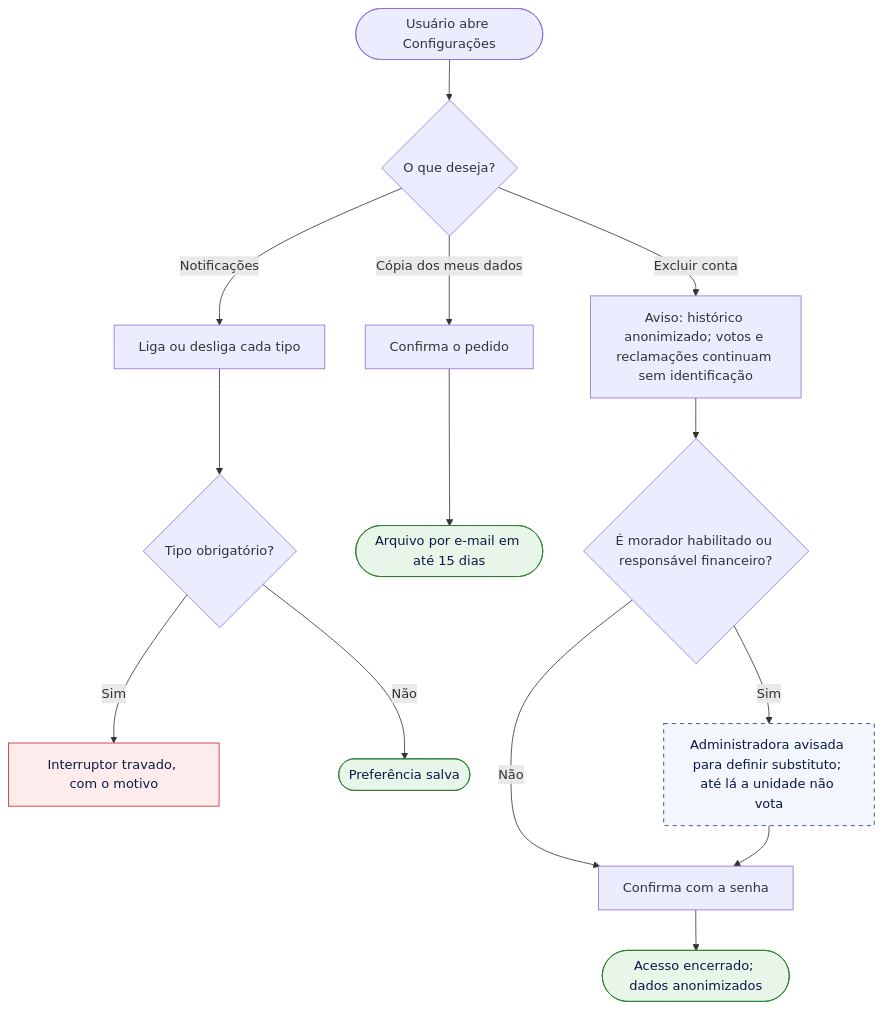
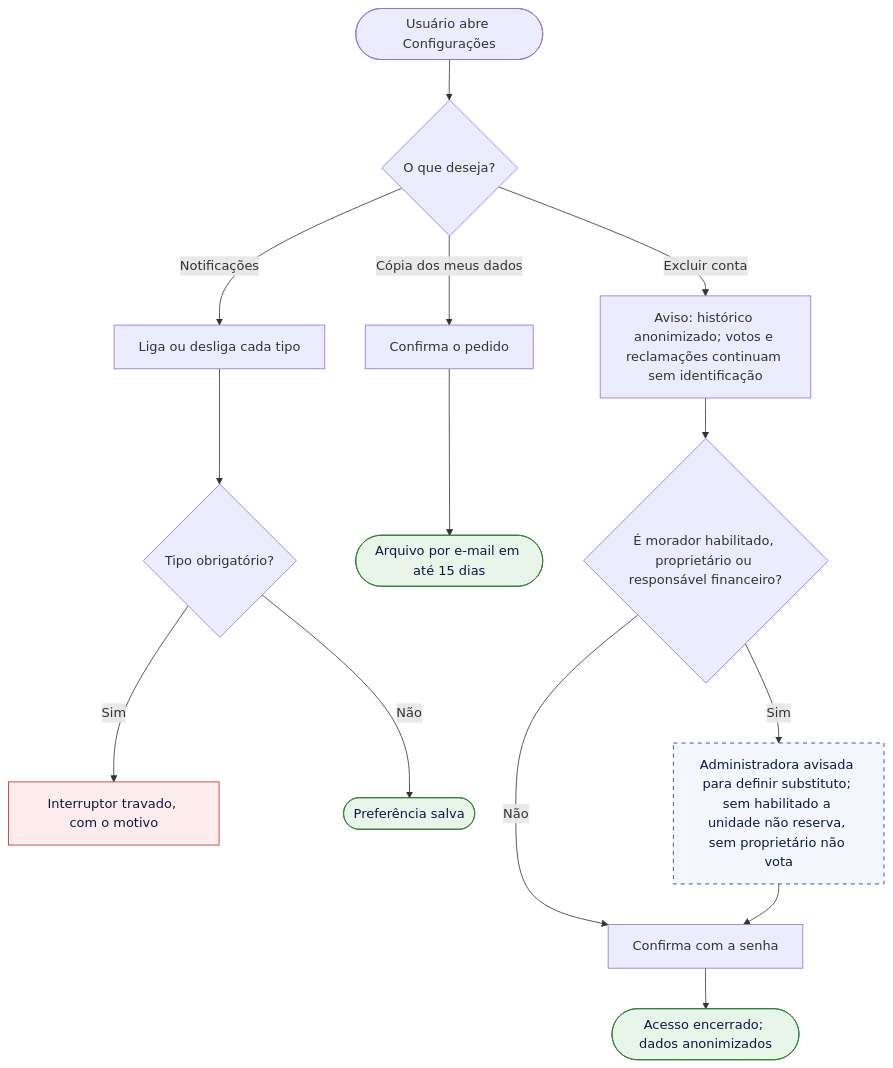
Before and after one commit to pedrolems/CondomiFacil: diagram 26 of 26 in docs/02-design/02-user-flows.md, drawn with Mermaid. The commit also changed other lines of this file and 11 other files, not shown here.

````diff
--- a/docs/02-design/02-user-flows.md
+++ b/docs/02-design/02-user-flows.md
@@ -981,22 +1049,22 @@
 ```mermaid
 flowchart TD
     A(["Usuário abre Configurações"]) --> B{"O que deseja?"}
     B -->|"Notificações"| C["Liga ou desliga cada tipo"]
     C --> D{"Tipo obrigatório?"}
     D -->|"Sim"| E1["Interruptor travado, com o motivo"]
     D -->|"Não"| Z1(["Preferência salva"])
     B -->|"Cópia dos meus dados"| F["Confirma o pedido"]
     F --> Z2(["Arquivo por e-mail em até 15 dias"])
     B -->|"Excluir conta"| G["Aviso: histórico anonimizado; votos e reclamações continuam sem identificação"]
-    G --> H{"É morador habilitado ou responsável financeiro?"}
-    H -->|"Sim"| S1["Administradora avisada para definir substituto; até lá a unidade não vota"]
+    G --> H{"É morador habilitado, proprietário ou responsável financeiro?"}
+    H -->|"Sim"| S1["Administradora avisada para definir substituto; sem habilitado a unidade não reserva, sem proprietário não vota"]
     H -->|"Não"| I
     S1 --> I["Confirma com a senha"]
     I --> Z3(["Acesso encerrado; dados anonimizados"])
     classDef ok fill:#E8F5E9,stroke:#2E7D32,color:#0B1A44
     classDef erro fill:#FDECEC,stroke:#C62828,color:#0B1A44
     classDef sis fill:#F3F6FC,stroke:#0E359D,stroke-dasharray:5 5,color:#0B1A44
     class Z1,Z2,Z3 ok
     class E1 erro
     class S1 sis
 ```
````
